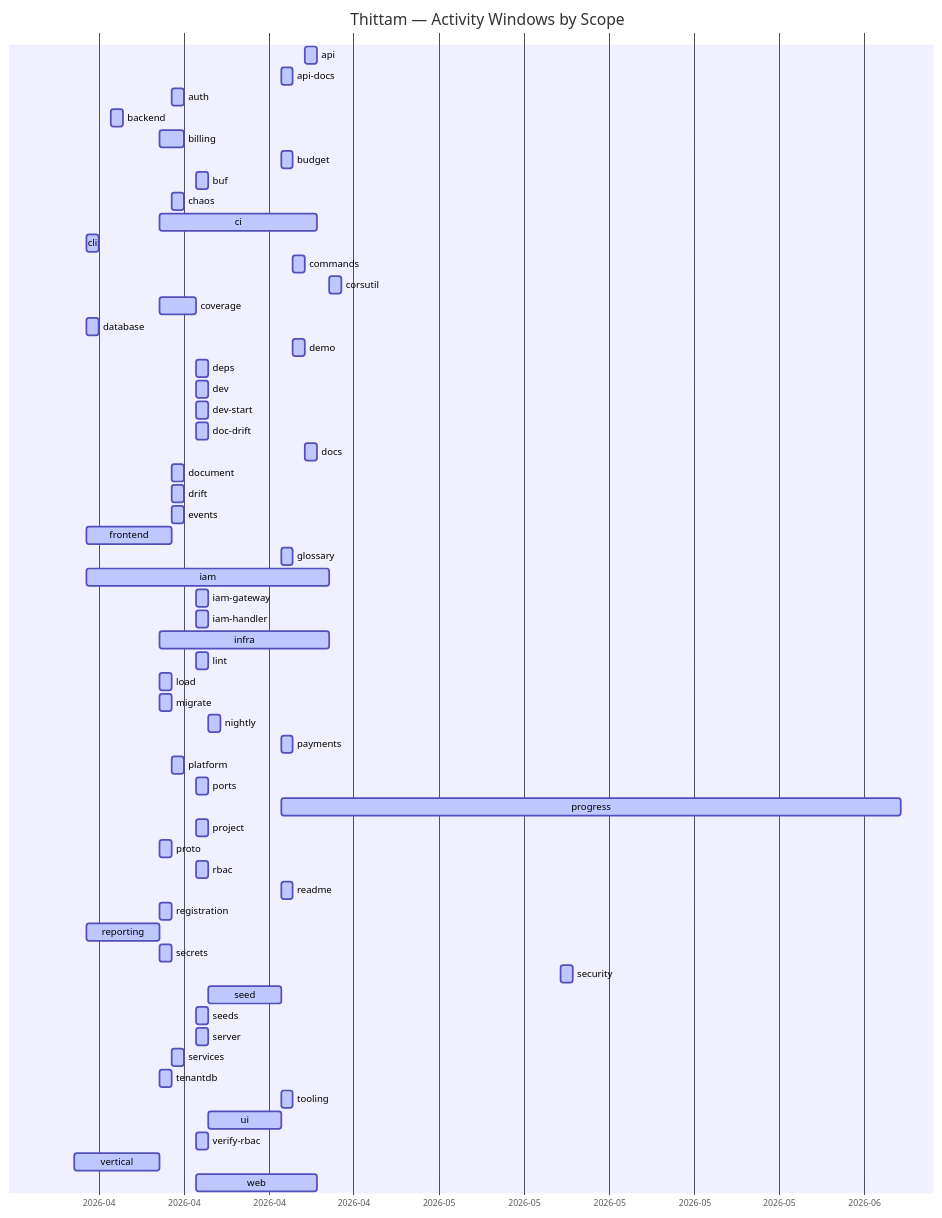
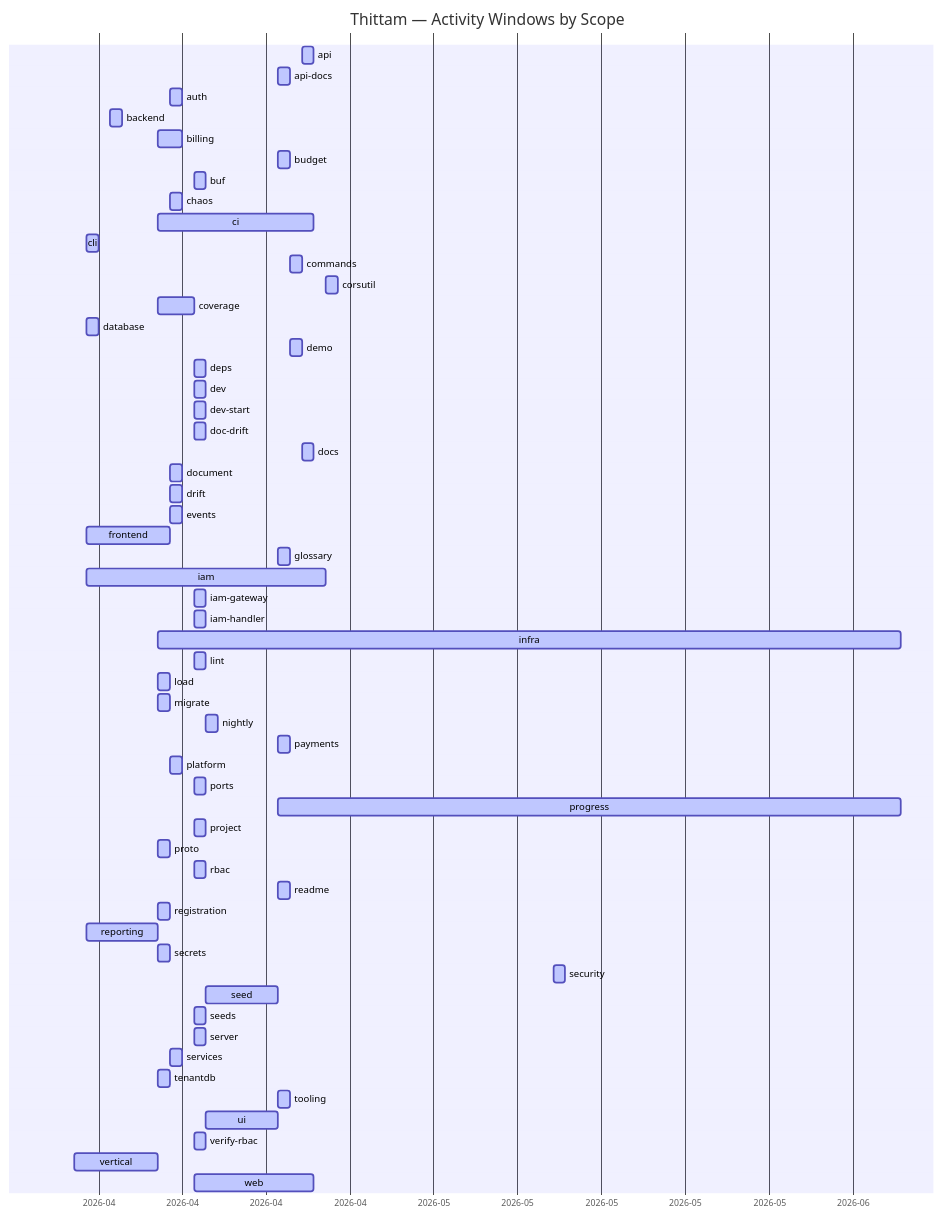
One commit to wegofwd2020-hub/thittam changed the diagram in docs/PROGRESS.md. Above: the diagram before and after it, drawn with Mermaid. The commit also changed other lines of this file and 2 other files, not shown here.

Commit message:
chore(progress): nightly update of docs/PROGRESS.md + CSVs

````diff
--- a/docs/PROGRESS.md
+++ b/docs/PROGRESS.md
@@ -9,61 +9,61 @@
 ```mermaid
 gantt
     title Thittam — Activity Windows by Scope
     dateFormat YYYY-MM-DD
     axisFormat %Y-%m
     api                :active, s_api, 2026-04-22, 2026-04-23
     api-docs           :active, s_api_docs, 2026-04-20, 2026-04-21
     auth               :active, s_auth, 2026-04-11, 2026-04-12
     backend            :active, s_backend, 2026-04-06, 2026-04-07
     billing            :active, s_billing, 2026-04-10, 2026-04-12
     budget             :active, s_budget, 2026-04-20, 2026-04-21
     buf                :active, s_buf, 2026-04-13, 2026-04-14
     chaos              :active, s_chaos, 2026-04-11, 2026-04-12
     ci                 :active, s_ci, 2026-04-10, 2026-04-23
     cli                :active, s_cli, 2026-04-04, 2026-04-05
     commands           :active, s_commands, 2026-04-21, 2026-04-22
     corsutil           :active, s_corsutil, 2026-04-24, 2026-04-25
     coverage           :active, s_coverage, 2026-04-10, 2026-04-13
     database           :active, s_database, 2026-04-04, 2026-04-05
     demo               :active, s_demo, 2026-04-21, 2026-04-22
     deps               :active, s_deps, 2026-04-13, 2026-04-14
     dev                :active, s_dev, 2026-04-13, 2026-04-14
     dev-start          :active, s_dev_start, 2026-04-13, 2026-04-14
     doc-drift          :active, s_doc_drift, 2026-04-13, 2026-04-14
     docs               :active, s_docs, 2026-04-22, 2026-04-23
     document           :active, s_document, 2026-04-11, 2026-04-12
     drift              :active, s_drift, 2026-04-11, 2026-04-12
     events             :active, s_events, 2026-04-11, 2026-04-12
     frontend           :active, s_frontend, 2026-04-04, 2026-04-11
     glossary           :active, s_glossary, 2026-04-20, 2026-04-21
     iam                :active, s_iam, 2026-04-04, 2026-04-24
     iam-gateway        :active, s_iam_gateway, 2026-04-13, 2026-04-14
     iam-handler        :active, s_iam_handler, 2026-04-13, 2026-04-14
-    infra              :active, s_infra, 2026-04-10, 2026-04-24
+    infra              :active, s_infra, 2026-04-10, 2026-06-11
     lint               :active, s_lint, 2026-04-13, 2026-04-14
     load               :active, s_load, 2026-04-10, 2026-04-11
     migrate            :active, s_migrate, 2026-04-10, 2026-04-11
     nightly            :active, s_nightly, 2026-04-14, 2026-04-15
     payments           :active, s_payments, 2026-04-20, 2026-04-21
     platform           :active, s_platform, 2026-04-11, 2026-04-12
     ports              :active, s_ports, 2026-04-13, 2026-04-14
-    progress           :active, s_progress, 2026-04-20, 2026-06-10
+    progress           :active, s_progress, 2026-04-20, 2026-06-11
     project            :active, s_project, 2026-04-13, 2026-04-14
     proto              :active, s_proto, 2026-04-10, 2026-04-11
     rbac               :active, s_rbac, 2026-04-13, 2026-04-14
     readme             :active, s_readme, 2026-04-20, 2026-04-21
     registration       :active, s_registration, 2026-04-10, 2026-04-11
     reporting          :active, s_reporting, 2026-04-04, 2026-04-10
     secrets            :active, s_secrets, 2026-04-10, 2026-04-11
     security           :active, s_security, 2026-05-13, 2026-05-14
     seed               :active, s_seed, 2026-04-14, 2026-04-20
     seeds              :active, s_seeds, 2026-04-13, 2026-04-14
     server             :active, s_server, 2026-04-13, 2026-04-14
     services           :active, s_services, 2026-04-11, 2026-04-12
     tenantdb           :active, s_tenantdb, 2026-04-10, 2026-04-11
     tooling            :active, s_tooling, 2026-04-20, 2026-04-21
     ui                 :active, s_ui, 2026-04-14, 2026-04-20
     verify-rbac        :active, s_verify_rbac, 2026-04-13, 2026-04-14
     vertical           :active, s_vertical, 2026-04-03, 2026-04-10
     web                :active, s_web, 2026-04-13, 2026-04-23
 ```
````
